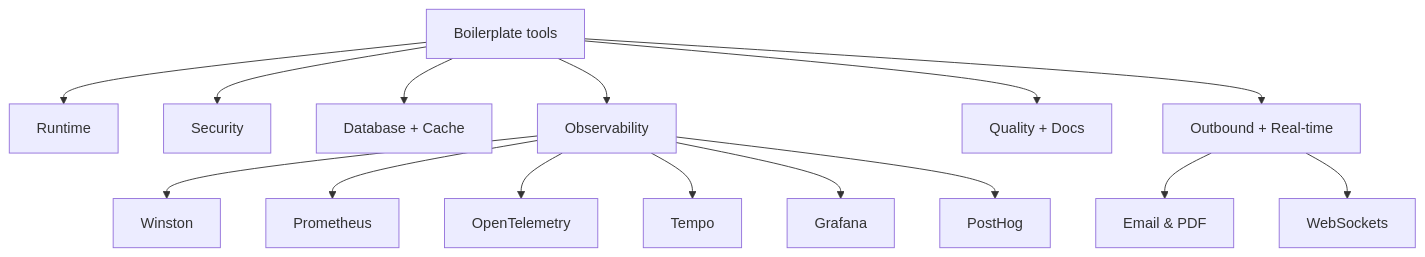
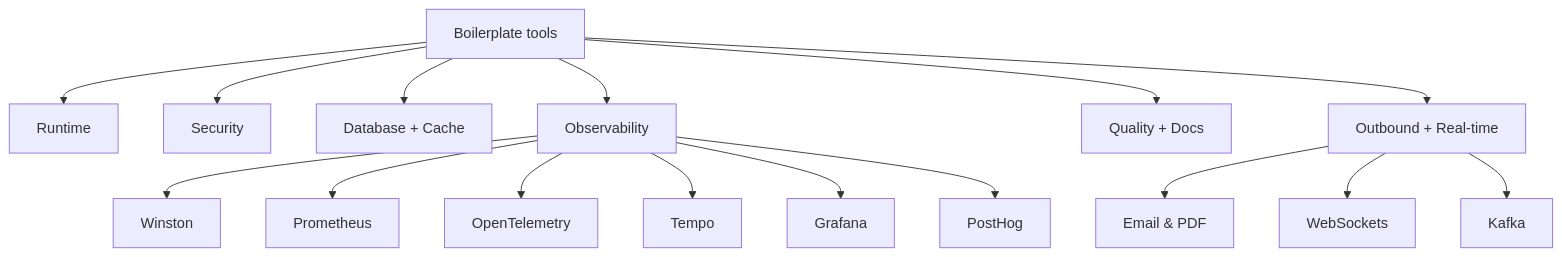
One commit to Guebbit/boilerplate-node-backend changed the diagram in docs/tools/index.md. Above: the diagram before and after it, drawn with Mermaid. The commit also changed other lines of this file and 18 other files, not shown here.

````diff
--- a/docs/tools/index.md
+++ b/docs/tools/index.md
@@ -9,19 +9,20 @@
 ```mermaid
 flowchart TD
     A[Boilerplate tools] --> B[Runtime]
     A --> C[Security]
     A --> D[Database + Cache]
     A --> E[Observability]
     A --> F[Quality + Docs]
     A --> G[Outbound + Real-time]
 
     E --> E1[Winston]
     E --> E2[Prometheus]
     E --> E3[OpenTelemetry]
     E --> E4[Tempo]
     E --> E5[Grafana]
     E --> E6[PostHog]
 
     G --> G1[Email & PDF]
     G --> G2[WebSockets]
+    G --> G3[Kafka]
 ```
````
